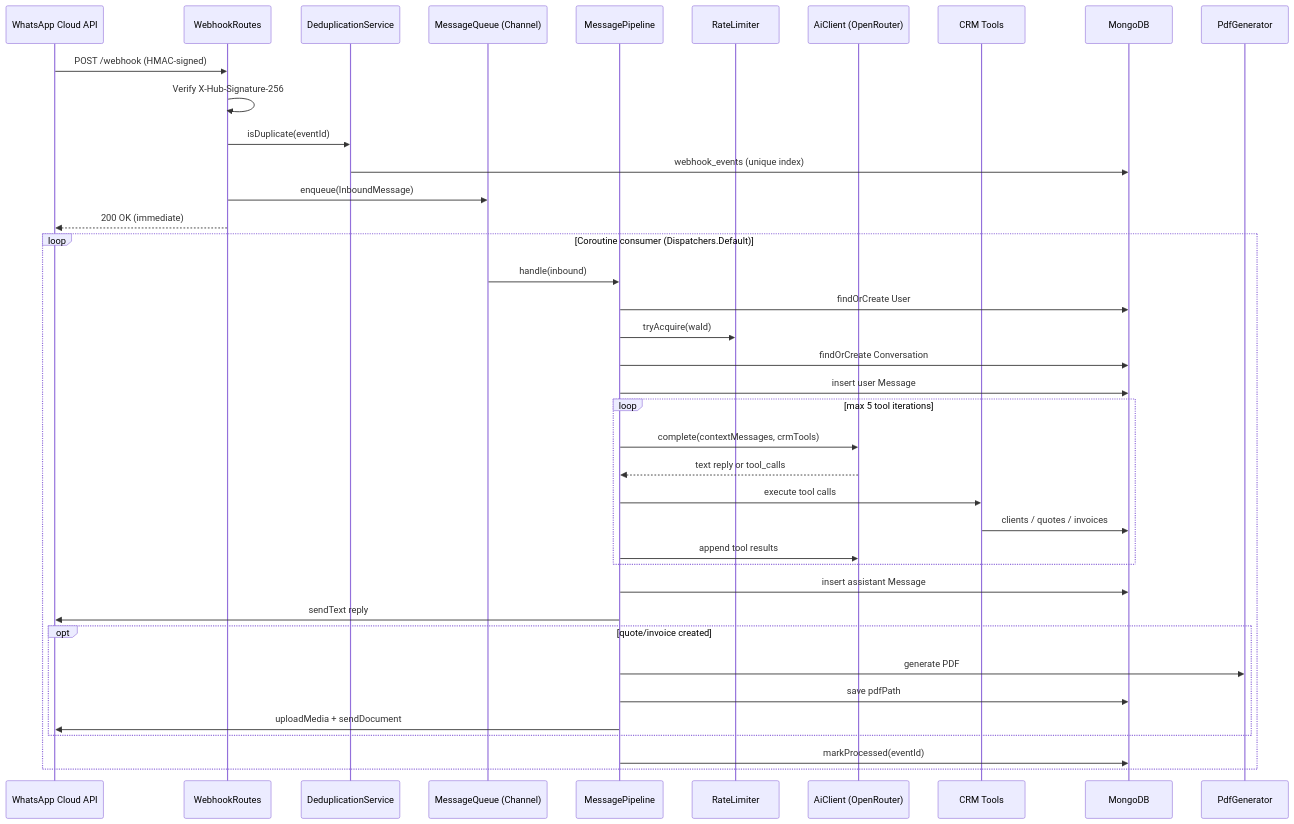
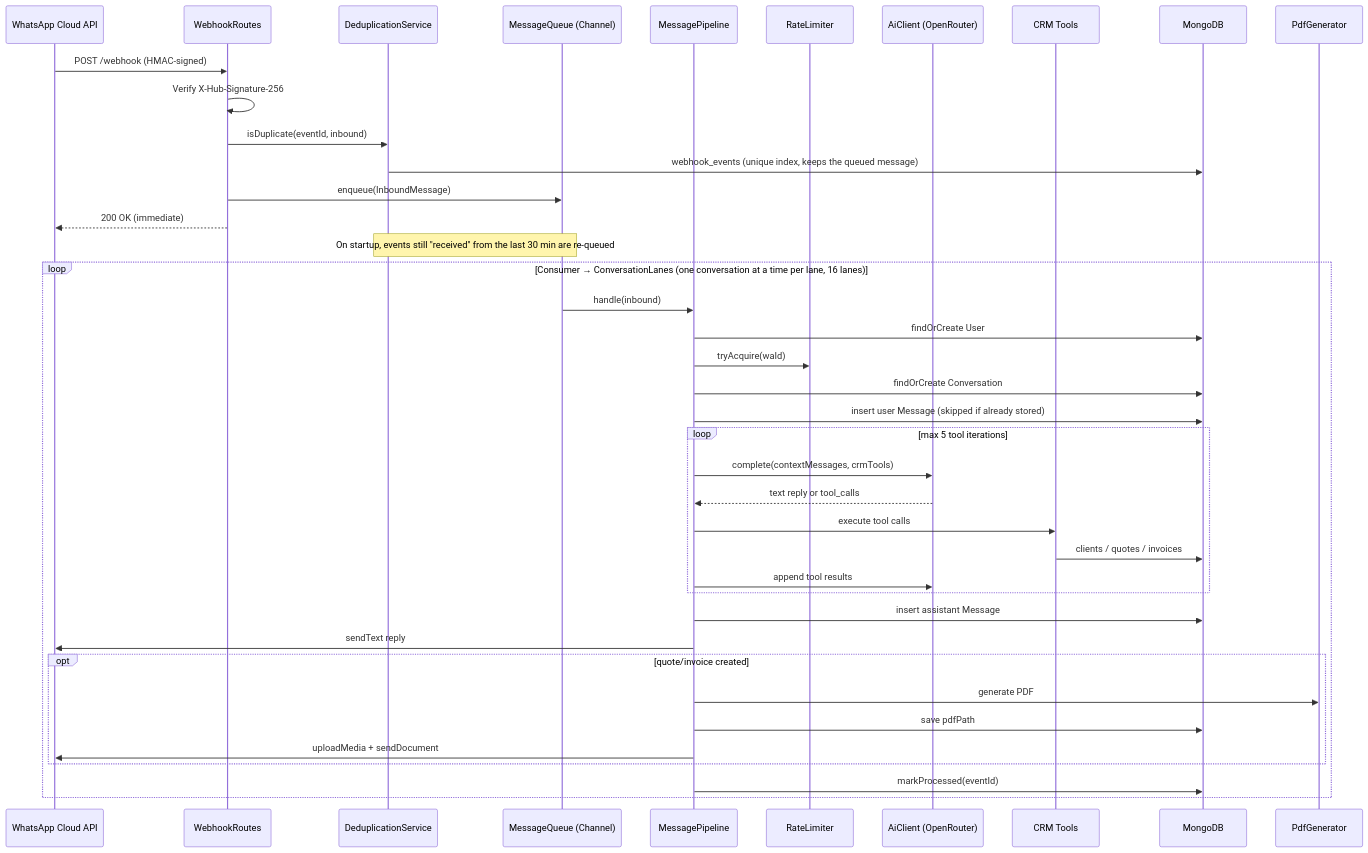
Before and after one commit to rfm-9300/rfm-edubot: the first of 2 diagrams in docs/architecture.md, drawn with Mermaid. The commit also changed other lines of this file and 20 other files, not shown here.

````diff
--- a/docs/architecture.md
+++ b/docs/architecture.md
@@ -7,43 +7,44 @@
 ```mermaid
 sequenceDiagram
     participant WA as WhatsApp Cloud API
     participant W as WebhookRoutes
     participant D as DeduplicationService
     participant Q as MessageQueue (Channel)
     participant P as MessagePipeline
     participant R as RateLimiter
     participant AI as AiClient (OpenRouter)
     participant CRM as CRM Tools
     participant DB as MongoDB
     participant PDF as PdfGenerator
 
     WA->>W: POST /webhook (HMAC-signed)
     W->>W: Verify X-Hub-Signature-256
-    W->>D: isDuplicate(eventId)
-    D->>DB: webhook_events (unique index)
+    W->>D: isDuplicate(eventId, inbound)
+    D->>DB: webhook_events (unique index, keeps the queued message)
     W->>Q: enqueue(InboundMessage)
     W-->>WA: 200 OK (immediate)
+    Note over D,Q: On startup, events still "received" from the last 30 min are re-queued
 
-    loop Coroutine consumer (Dispatchers.Default)
+    loop Consumer → ConversationLanes (one conversation at a time per lane, 16 lanes)
         Q->>P: handle(inbound)
         P->>DB: findOrCreate User
         P->>R: tryAcquire(waId)
         P->>DB: findOrCreate Conversation
-        P->>DB: insert user Message
+        P->>DB: insert user Message (skipped if already stored)
         loop max 5 tool iterations
             P->>AI: complete(contextMessages, crmTools)
             AI-->>P: text reply or tool_calls
             P->>CRM: execute tool calls
             CRM->>DB: clients / quotes / invoices
             P->>AI: append tool results
         end
         P->>DB: insert assistant Message
         P->>WA: sendText reply
         opt quote/invoice created
             P->>PDF: generate PDF
             P->>DB: save pdfPath
             P->>WA: uploadMedia + sendDocument
         end
         P->>DB: markProcessed(eventId)
     end
 ```
````
